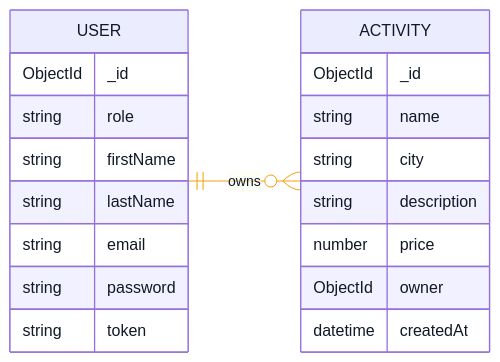
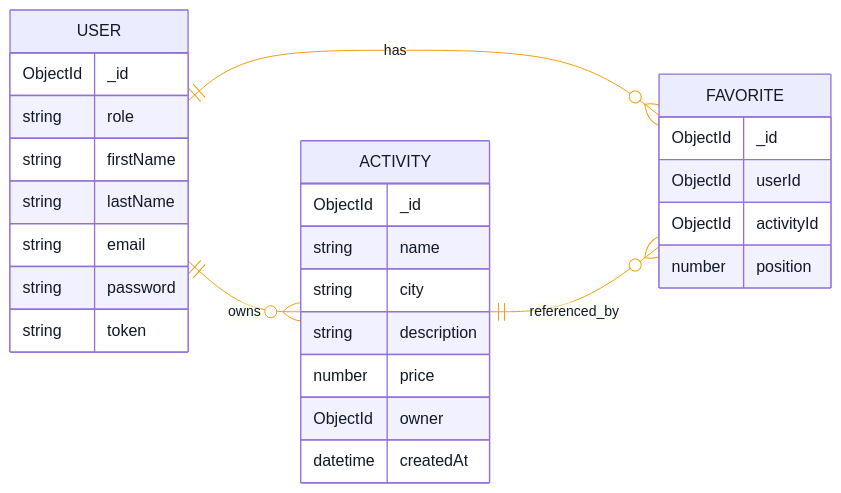
Before and after one commit to ayhid/naboo-case-study: the first of 4 diagrams in docs/codebase-documentation.md, drawn with Mermaid. The commit also changed other lines of this file and 2 other files, not shown here.

Commit message:
docs: align architecture docs with implemented code paths

````diff
--- a/docs/codebase-documentation.md
+++ b/docs/codebase-documentation.md
@@ -76,26 +77,35 @@
 ```mermaid
 %%{init: {'themeVariables': {'lineColor': '#F59E0B', 'textColor': '#111827', 'primaryColor': '#FCFCFD', 'primaryBorderColor': '#9CA3AF'}}}%%
 erDiagram
     direction LR
     USER ||--o{ ACTIVITY : owns
+    USER ||--o{ FAVORITE : has
+    ACTIVITY ||--o{ FAVORITE : referenced_by
 
     USER {
         ObjectId _id
         string role
         string firstName
         string lastName
         string email
         string password
         string token
     }
 
     ACTIVITY {
         ObjectId _id
         string name
         string city
         string description
         number price
         ObjectId owner
         datetime createdAt
     }
+
+    FAVORITE {
+        ObjectId _id
+        ObjectId userId
+        ObjectId activityId
+        number position
+    }
 ```
````
